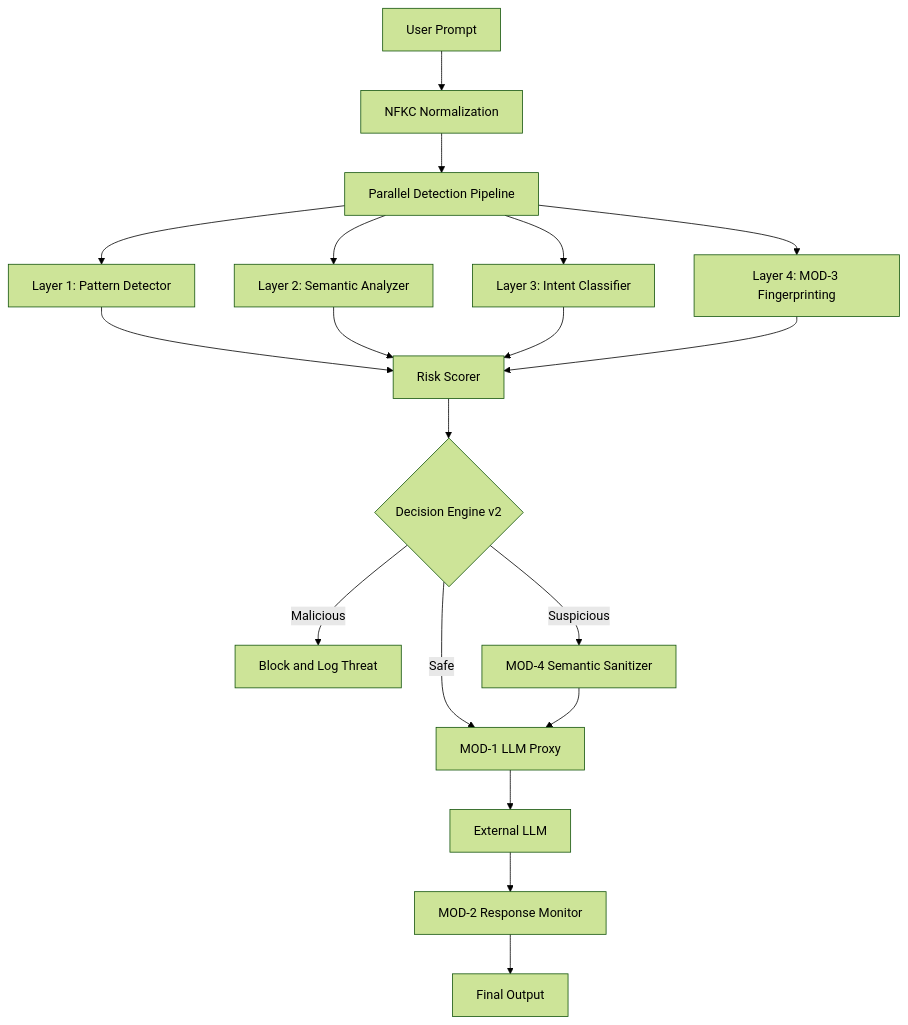
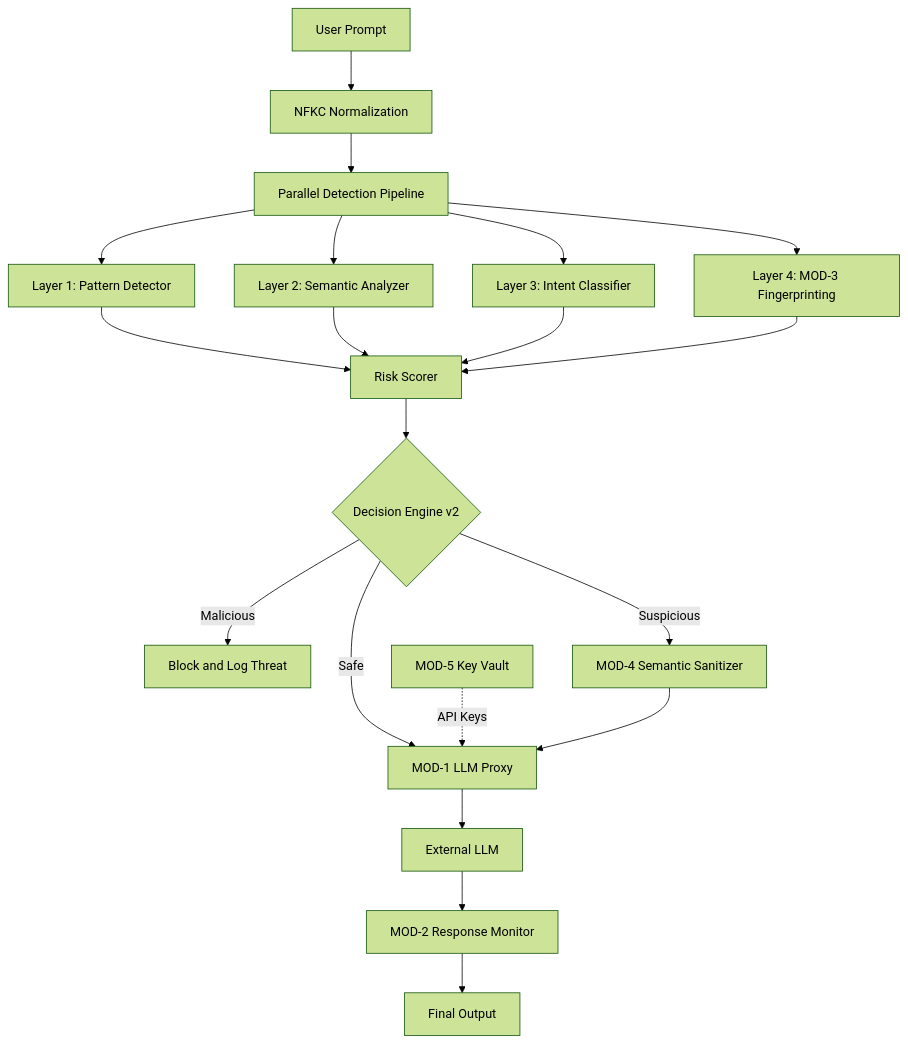
Before and after one commit to Piyush-Karn/IronGuard-AI: the diagram in documentation/architecture.md, drawn with Mermaid (forest theme). The commit also changed other lines of this file and 19 other files, not shown here.

````diff
--- a/documentation/architecture.md
+++ b/documentation/architecture.md
@@ -45,28 +58,30 @@
 ```mermaid
 graph TD
     A[User Prompt] --> B[NFKC Normalization]
 
     B --> C[Parallel Detection Pipeline]
 
     C --> C1[Layer 1: Pattern Detector]
     C --> C2[Layer 2: Semantic Analyzer]
     C --> C3[Layer 3: Intent Classifier]
     C --> C4[Layer 4: MOD-3 Fingerprinting]
 
     C1 --> D[Risk Scorer]
     C2 --> D
     C3 --> D
     C4 --> D
 
     D --> E{Decision Engine v2}
 
     E -->|Malicious| F[Block and Log Threat]
     E -->|Suspicious| G[MOD-4 Semantic Sanitizer]
     E -->|Safe| H[MOD-1 LLM Proxy]
+    
+    V[MOD-5 Key Vault] -.->|API Keys| H
 
     G --> H
 
     H --> I[External LLM]
     I --> J[MOD-2 Response Monitor]
     J --> K[Final Output]
 ```
````
